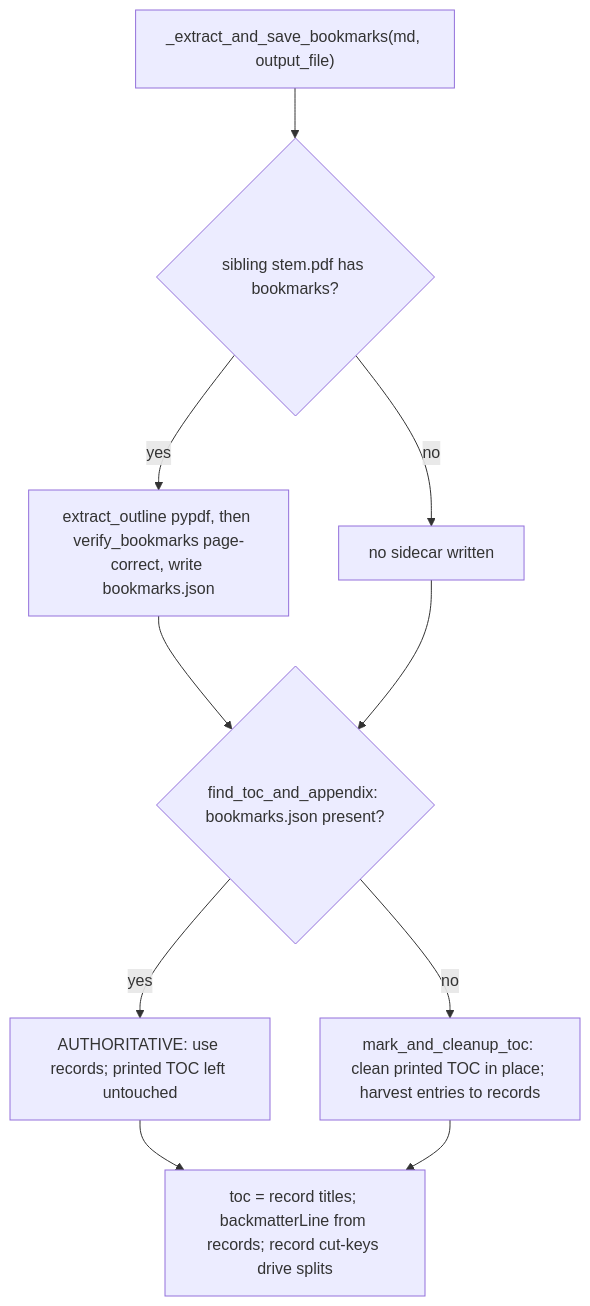
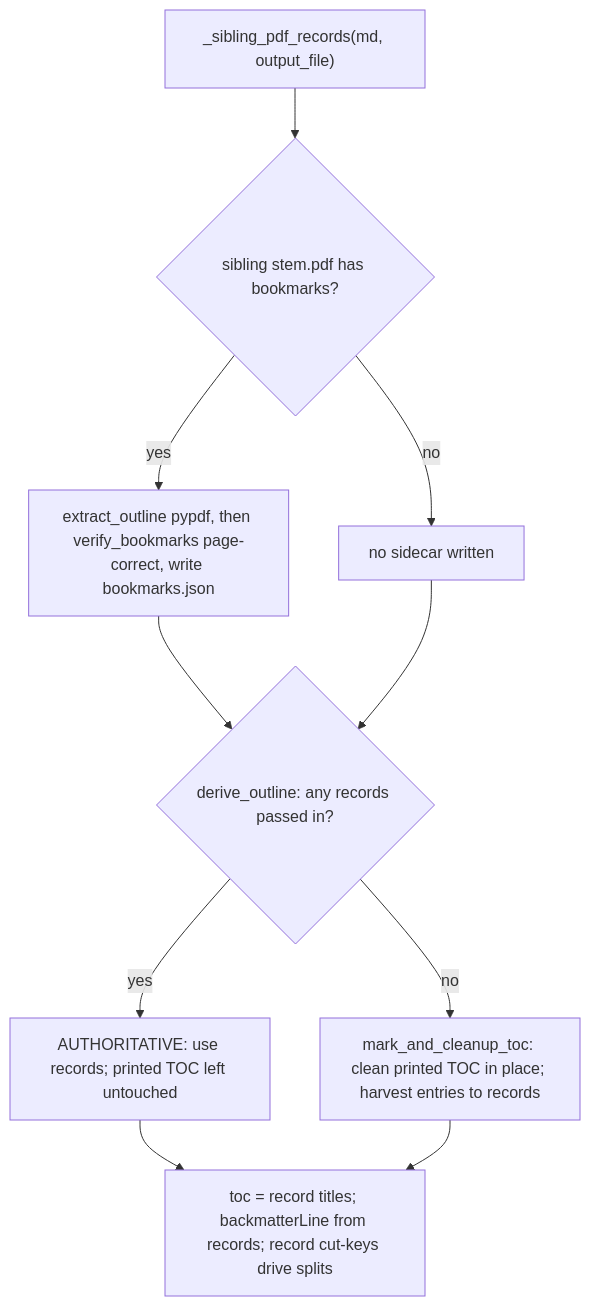
One commit to data-team-uhn/cards changed the third of 3 diagrams in Utilities/Parsing/prompts/PARSING_PIPELINE.md. Above: the diagram before and after it, drawn with Mermaid. The commit also changed other lines of this file and 6 other files, not shown here.

````diff
--- a/Utilities/Parsing/prompts/PARSING_PIPELINE.md
+++ b/Utilities/Parsing/prompts/PARSING_PIPELINE.md
@@ -238,12 +245,12 @@
 ```mermaid
 flowchart TD
-    A["_extract_and_save_bookmarks(md, output_file)"] --> B{"sibling stem.pdf has bookmarks?"}
+    A["_sibling_pdf_records(md, output_file)"] --> B{"sibling stem.pdf has bookmarks?"}
     B -->|yes| C["extract_outline pypdf, then verify_bookmarks page-correct, write bookmarks.json"]
     B -->|no| D["no sidecar written"]
-    C --> E{"find_toc_and_appendix: bookmarks.json present?"}
+    C --> E{"derive_outline: any records passed in?"}
     D --> E
     E -->|yes| F["AUTHORITATIVE: use records; printed TOC left untouched"]
     E -->|no| G["mark_and_cleanup_toc: clean printed TOC in place; harvest entries to records"]
     F --> H["toc = record titles; backmatterLine from records; record cut-keys drive splits"]
     G --> H
 ```
````
